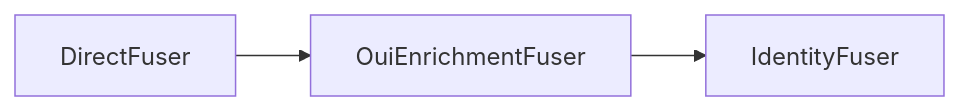
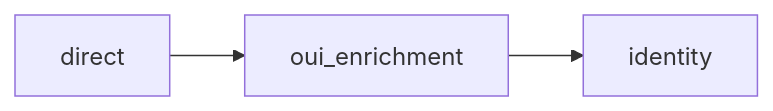
One commit to davidban77/rastreo changed the diagram in docs/site/docs/discover/identity.md. Above: the diagram before and after it, drawn with Mermaid. The commit also changed 29 other files, not shown here.

````diff
--- a/docs/site/docs/discover/identity.md
+++ b/docs/site/docs/discover/identity.md
@@ -21,5 +21,5 @@
 ```mermaid
 flowchart LR
-    D[DirectFuser] --> O[OuiEnrichmentFuser]
-    O --> I[IdentityFuser]
+    D[direct] --> O[oui_enrichment]
+    O --> I[identity]
 ```
````
